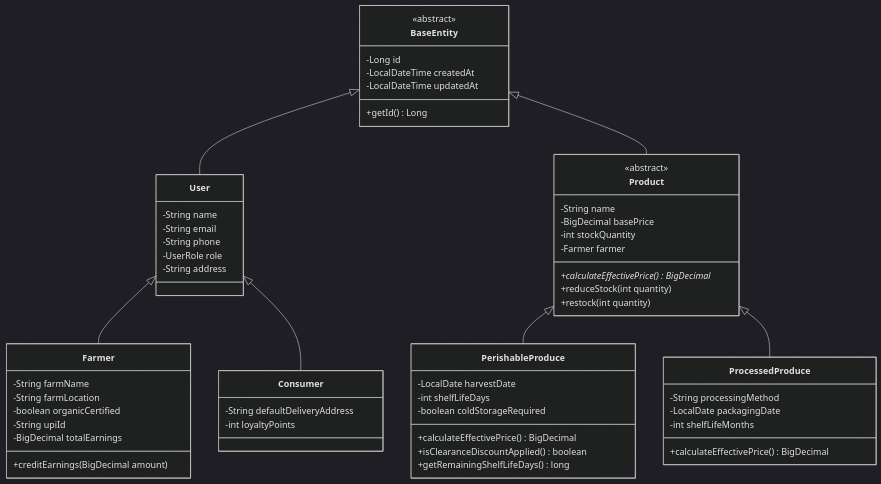
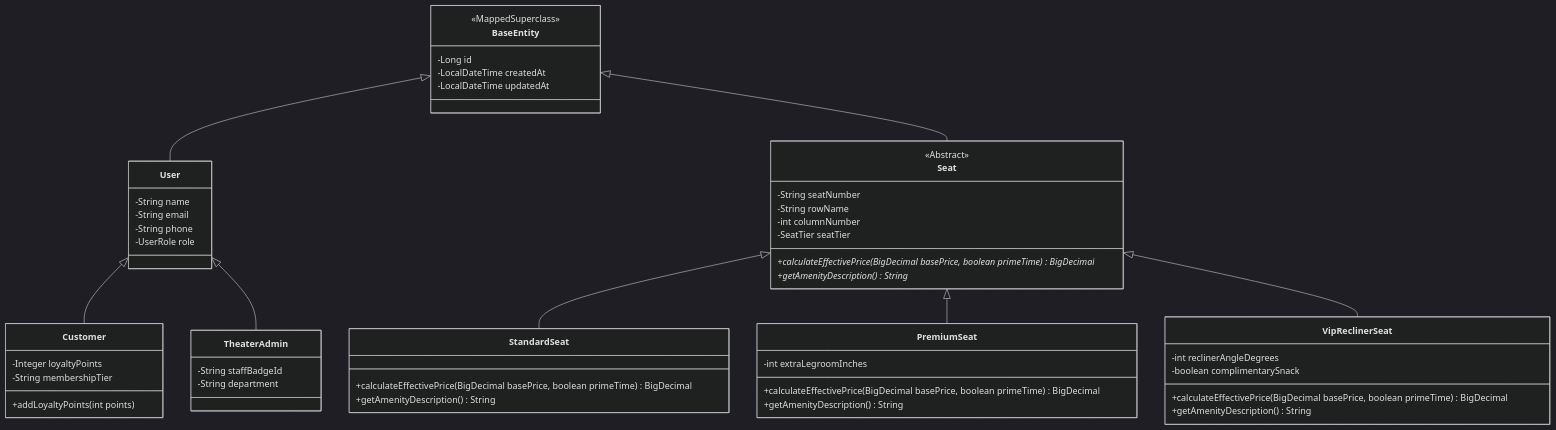
Before and after one commit to juvel00/order-processing-: the first of 3 diagrams in PROJECT_REPORT.md, drawn with Mermaid (dark theme). The commit also changed other lines of this file and 135 other files, not shown here.

````diff
--- a/PROJECT_REPORT.md
+++ b/PROJECT_REPORT.md
@@ -184,67 +154,63 @@
 ```mermaid
 classDiagram
-    direction TB
     class BaseEntity {
-        <<abstract>>
+        <<MappedSuperclass>>
         -Long id
         -LocalDateTime createdAt
         -LocalDateTime updatedAt
-        +getId() Long
     }
 
     class User {
         -String name
         -String email
         -String phone
         -UserRole role
-        -String address
     }
 
-    class Farmer {
-        -String farmName
-        -String farmLocation
-        -boolean organicCertified
-        -String upiId
-        -BigDecimal totalEarnings
-        +creditEarnings(BigDecimal amount)
+    class Customer {
+        -Integer loyaltyPoints
+        -String membershipTier
+        +addLoyaltyPoints(int points)
     }
 
-    class Consumer {
-        -String defaultDeliveryAddress
-        -int loyaltyPoints
+    class TheaterAdmin {
+        -String staffBadgeId
+        -String department
     }
 
-    class Product {
-        <<abstract>>
-        -String name
-        -BigDecimal basePrice
-        -int stockQuantity
-        -Farmer farmer
-        +calculateEffectivePrice()* BigDecimal
-        +reduceStock(int quantity)
-        +restock(int quantity)
+    class Seat {
+        <<Abstract>>
+        -String seatNumber
+        -String rowName
+        -int columnNumber
+        -SeatTier seatTier
+        +calculateEffectivePrice(BigDecimal basePrice, boolean primeTime)* BigDecimal
+        +getAmenityDescription()* String
     }
 
-    class PerishableProduce {
-        -LocalDate harvestDate
-        -int shelfLifeDays
-        -boolean coldStorageRequired
-        +calculateEffectivePrice() BigDecimal
-        +isClearanceDiscountApplied() boolean
-        +getRemainingShelfLifeDays() long
+    class StandardSeat {
+        +calculateEffectivePrice(BigDecimal basePrice, boolean primeTime) BigDecimal
+        +getAmenityDescription() String
     }
 
-    class ProcessedProduce {
-        -String processingMethod
-        -LocalDate packagingDate
-        -int shelfLifeMonths
-        +calculateEffectivePrice() BigDecimal
+    class PremiumSeat {
+        -int extraLegroomInches
+        +calculateEffectivePrice(BigDecimal basePrice, boolean primeTime) BigDecimal
+        +getAmenityDescription() String
+    }
+
+    class VipReclinerSeat {
+        -int reclinerAngleDegrees
+        -boolean complimentarySnack
+        +calculateEffectivePrice(BigDecimal basePrice, boolean primeTime) BigDecimal
+        +getAmenityDescription() String
     }
 
     BaseEntity <|-- User
-    BaseEntity <|-- Product
-    User <|-- Farmer
-    User <|-- Consumer
-    Product <|-- PerishableProduce
-    Product <|-- ProcessedProduce
+    User <|-- Customer
+    User <|-- TheaterAdmin
+    BaseEntity <|-- Seat
+    Seat <|-- StandardSeat
+    Seat <|-- PremiumSeat
+    Seat <|-- VipReclinerSeat
 ```
````
